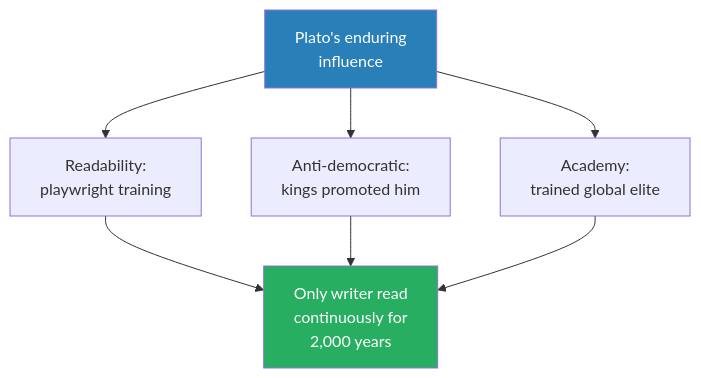
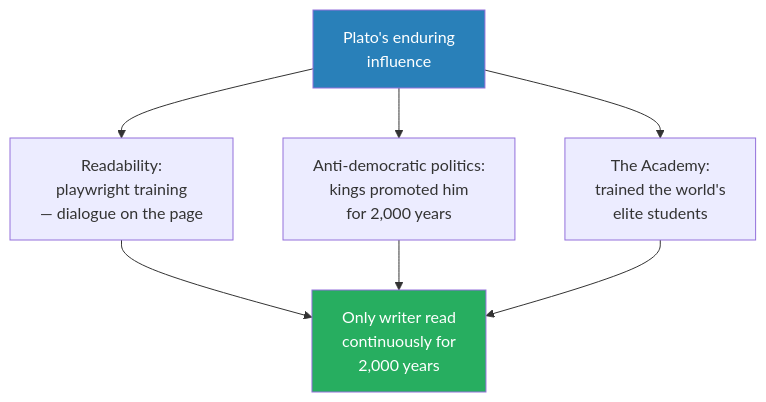
Before and after one commit to alius33/reader: the ninth of 9 diagrams in summaries/Lectures/Civilization/10 - The Trial of Socrates and Plato's Allegory of the Cave.md, drawn with Mermaid. The commit also changed other lines of this file and 26 other files, not shown here.

````diff
--- a/summaries/Lectures/Civilization/10 - The Trial of Socrates and Plato's Allegory of the Cave.md
+++ b/summaries/Lectures/Civilization/10 - The Trial of Socrates and Plato's Allegory of the Cave.md
@@ -481,12 +434,12 @@
 ```mermaid
 flowchart TB
     PL["Plato's enduring<br/>influence"]
-    PL --> R["Readability:<br/>playwright training"]
-    PL --> AD["Anti-democratic:<br/>kings promoted him"]
-    PL --> AC["Academy:<br/>trained global elite"]
+    PL --> R["Readability:<br/>playwright training<br/>— dialogue on the page"]
+    PL --> AD["Anti-democratic politics:<br/>kings promoted him<br/>for 2,000 years"]
+    PL --> AC["The Academy:<br/>trained the world's<br/>elite students"]
     R --> RES["Only writer read<br/>continuously for<br/>2,000 years"]
     AD --> RES
     AC --> RES
     style PL fill:#2980b9,color:#fff
     style RES fill:#27ae60,color:#fff
 ```
````
